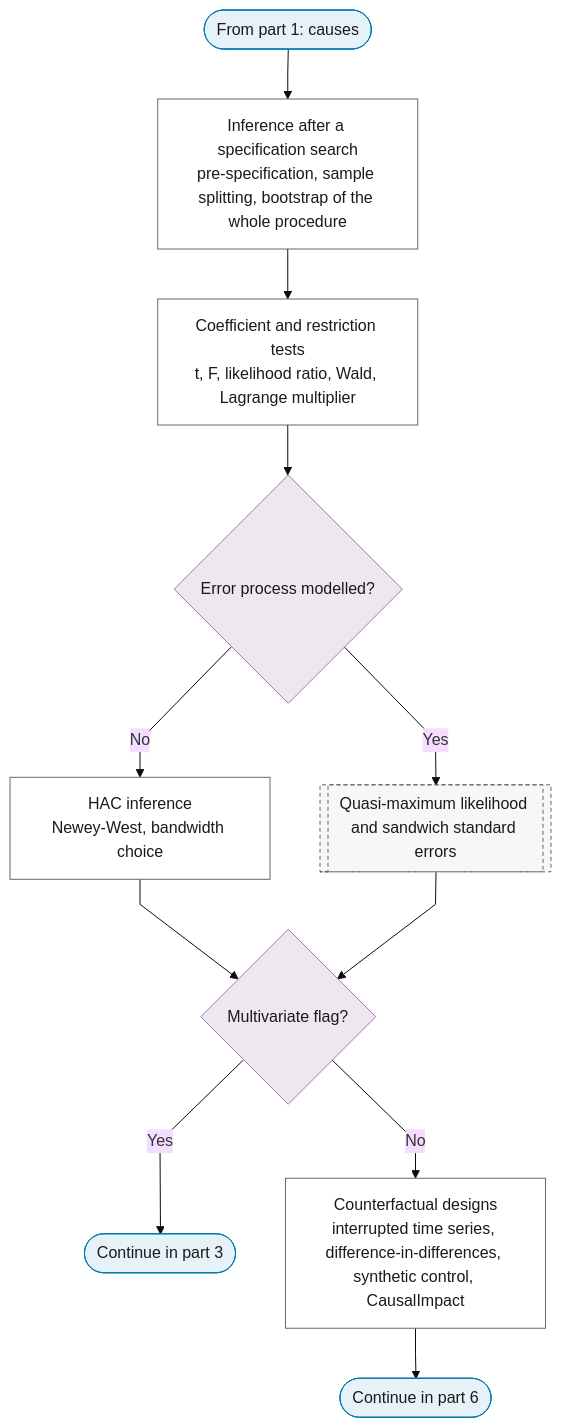
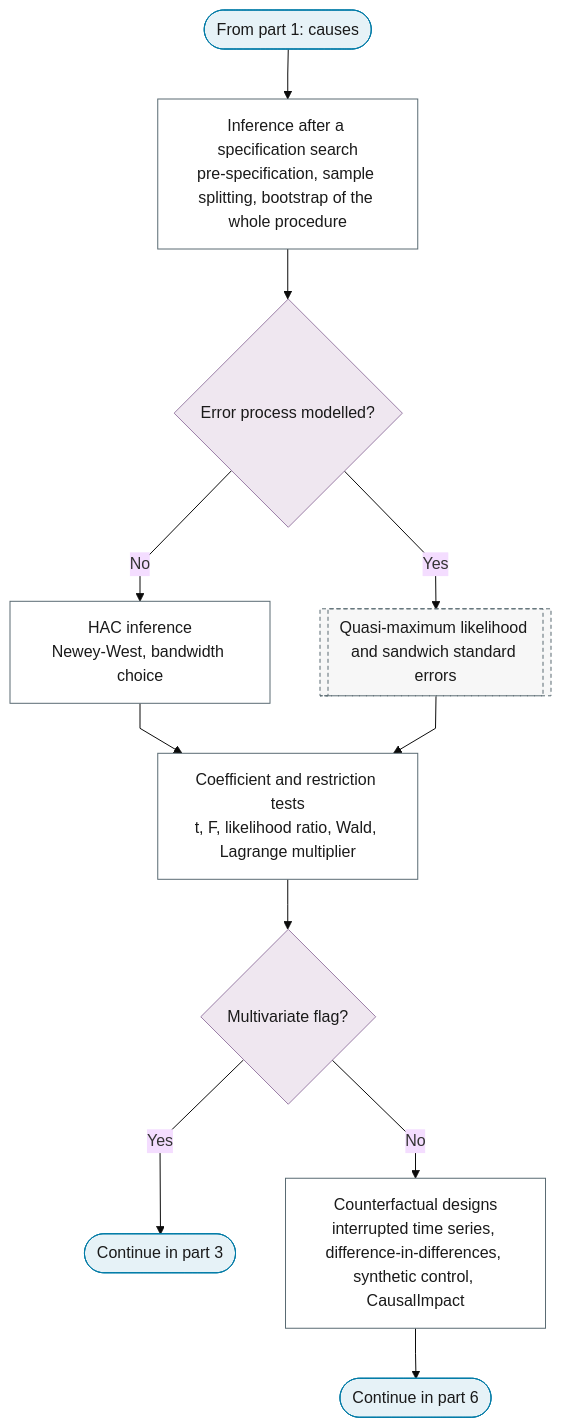
One commit to Shuxin-Y/time-series-analysis-manual changed the second of 6 diagrams in docs/01-workflow/p11-inference.md. Above: the diagram before and after it, drawn with Mermaid (base theme). The commit also changed 20 other files, not shown here.

````diff
--- a/docs/01-workflow/p11-inference.md
+++ b/docs/01-workflow/p11-inference.md
@@ -46,25 +46,25 @@
 ```mermaid
 %%{init: {"flowchart": {"curve": "linear"}}}%%
 graph TD
     P11_PART_2_IN(["From part 1: causes"]) --> P11_POST_SELECTION["Inference after a specification search<br/>pre-specification, sample splitting, bootstrap of the whole procedure"]
-    P11_POST_SELECTION --> P11_COEFFICIENT_TESTS["Coefficient and restriction tests<br/>t, F, likelihood ratio, Wald, Lagrange multiplier"]
-    P11_COEFFICIENT_TESTS --> P11_ERRORS_Q{"Error process modelled?"}
+    P11_POST_SELECTION --> P11_ERRORS_Q{"Error process modelled?"}
     P11_ERRORS_Q -->|"No"| P11_HAC["HAC inference<br/>Newey-West, bandwidth choice"]
     P11_ERRORS_Q -->|"Yes"| P8_QMLE[["Quasi-maximum likelihood and sandwich standard errors"]]
-    P11_HAC & P8_QMLE --> P11_SYSTEM{"Multivariate flag?"}
+    P11_HAC & P8_QMLE --> P11_COEFFICIENT_TESTS["Coefficient and restriction tests<br/>t, F, likelihood ratio, Wald, Lagrange multiplier"]
+    P11_COEFFICIENT_TESTS --> P11_SYSTEM{"Multivariate flag?"}
     P11_SYSTEM -->|"Yes"| P11_TO_PART_3(["Continue in part 3"])
     P11_SYSTEM -->|"No"| P11_COUNTERFACTUALS["Counterfactual designs<br/>interrupted time series, difference-in-differences, synthetic control, CausalImpact"]
     P11_COUNTERFACTUALS --> P11_PART_2_OUT(["Continue in part 6"])
     class P11_PART_2_IN,P11_TO_PART_3,P11_PART_2_OUT terminator
     class P11_ERRORS_Q,P11_SYSTEM decision
     class P11_POST_SELECTION,P11_COEFFICIENT_TESTS,P11_HAC,P11_COUNTERFACTUALS process
     class P8_QMLE ref
     classDef terminator fill:#E6F2F7,stroke:#007BA7,color:#1A1A1A;
     classDef process fill:#FFFFFF,stroke:#5A6B73,color:#1A1A1A;
     classDef decision fill:#EFE7F0,stroke:#9B7FA7,color:#1A1A1A;
     classDef data fill:#FFF4E0,stroke:#C9A55E,color:#1A1A1A;
     classDef good fill:#DCEFD8,stroke:#4A7A3F,color:#1A1A1A;
     classDef escalate fill:#FFE9C2,stroke:#C9A55E,color:#1A1A1A;
     classDef problem fill:#F2D9DE,stroke:#800020,color:#1A1A1A;
     classDef ref fill:#F7F7F7,stroke:#5A6B73,color:#1A1A1A,stroke-dasharray:4 3;
 ```
````
